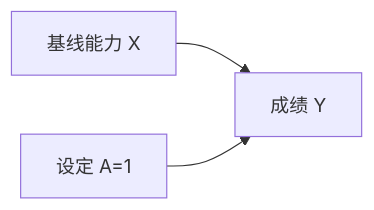
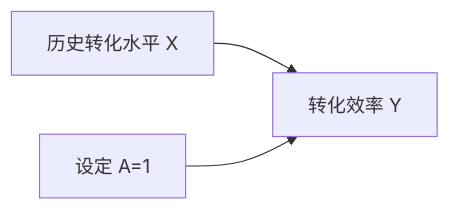
The third of 3 diagrams in files/ComAD/lecture-01.md (xiaoningwang/xiaoningwang.github.io), drawn with Mermaid before and after one commit. The commit also changed other lines of this file and 9 other files, not shown here.

````diff
--- a/files/ComAD/lecture-01.md
+++ b/files/ComAD/lecture-01.md
@@ -273,5 +275,5 @@
 ```mermaid
 flowchart LR
-    X[基线能力 X] --> Y[成绩 Y]
+    X[历史转化水平 X] --> Y[转化效率 Y]
     A[设定 A=1] --> Y
 ```
````
